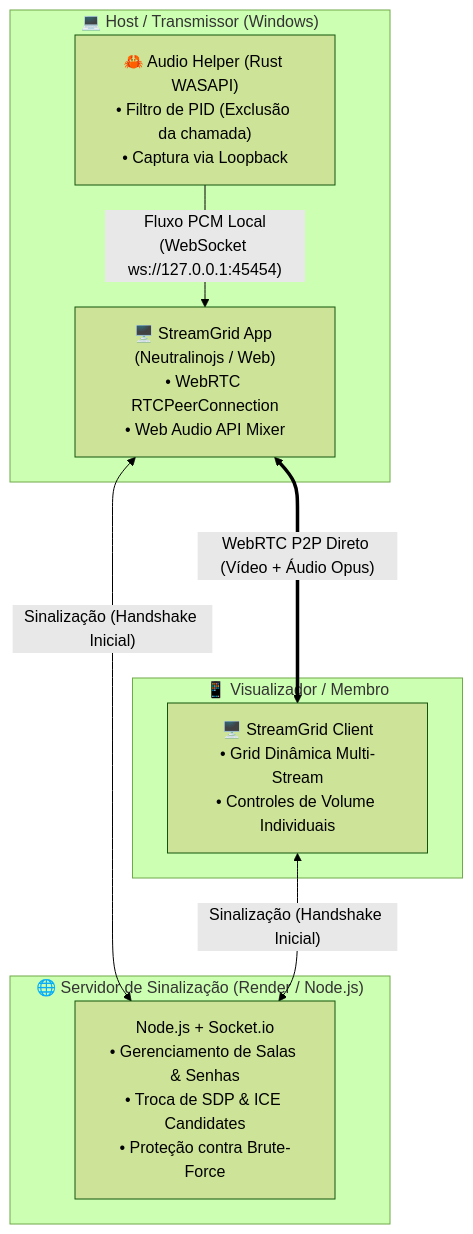
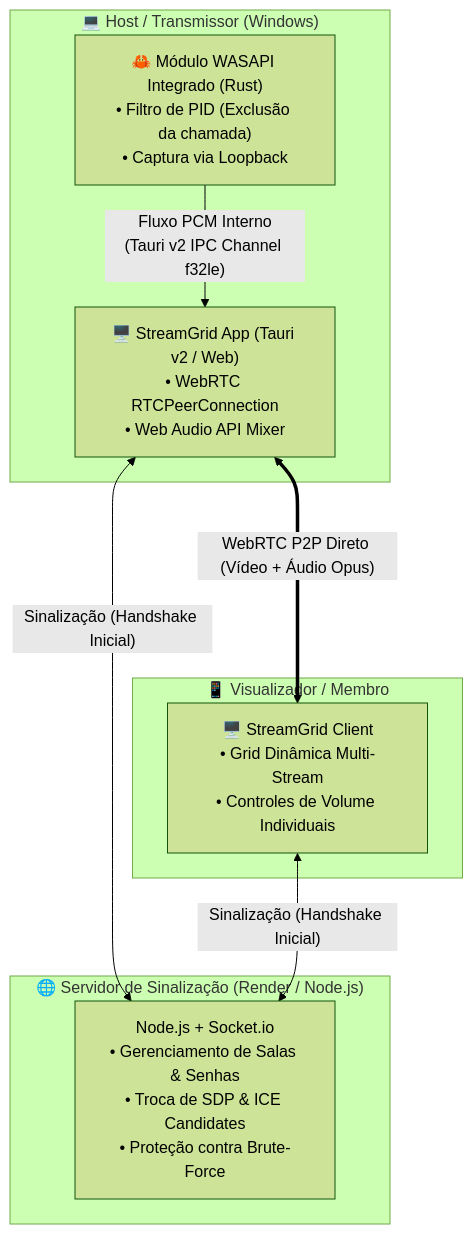
Before and after one commit to Pedrosasouza/screenshare-p2p: the diagram in README.md, drawn with Mermaid (forest theme). The commit also changed other lines of this file and 46 other files, not shown here.

First line of the commit message:
feat(desktop,webrtc): migrar para Tauri v2, priorizar VP8/VP9 e adicionar telemetria WebRTC

````diff
--- a/README.md
+++ b/README.md
@@ -84,21 +84,21 @@
 ```mermaid
 flowchart TD
     subgraph Host["💻 Host / Transmissor (Windows)"]
-        WASAPI["🦀 Audio Helper (Rust WASAPI)\n• Filtro de PID (Exclusão da chamada)\n• Captura via Loopback"]
-        DesktopApp["🖥️ StreamGrid App (Neutralinojs / Web)\n• WebRTC RTCPeerConnection\n• Web Audio API Mixer"]
-        WASAPI -- "Fluxo PCM Local\n(WebSocket ws://127.0.0.1:45454)" --> DesktopApp
+        WASAPI["🦀 Módulo WASAPI Integrado (Rust)\n• Filtro de PID (Exclusão da chamada)\n• Captura via Loopback"]
+        DesktopApp["🖥️ StreamGrid App (Tauri v2 / Web)\n• WebRTC RTCPeerConnection\n• Web Audio API Mixer"]
+        WASAPI -- "Fluxo PCM Interno\n(Tauri v2 IPC Channel f32le)" --> DesktopApp
     end
 
     subgraph Signaling["🌐 Servidor de Sinalização (Render / Node.js)"]
         Server["Node.js + Socket.io\n• Gerenciamento de Salas & Senhas\n• Troca de SDP & ICE Candidates\n• Proteção contra Brute-Force"]
     end
 
     subgraph Peer["📱 Visualizador / Membro"]
         PeerApp["🖥️ StreamGrid Client\n• Grid Dinâmica Multi-Stream\n• Controles de Volume Individuais"]
     end
 
     DesktopApp <-->|"Sinalização (Handshake Inicial)"| Server
     PeerApp <-->|"Sinalização (Handshake Inicial)"| Server
 
     DesktopApp <===>|"WebRTC P2P Direto (Vídeo + Áudio Opus)"| PeerApp
 ```
````
